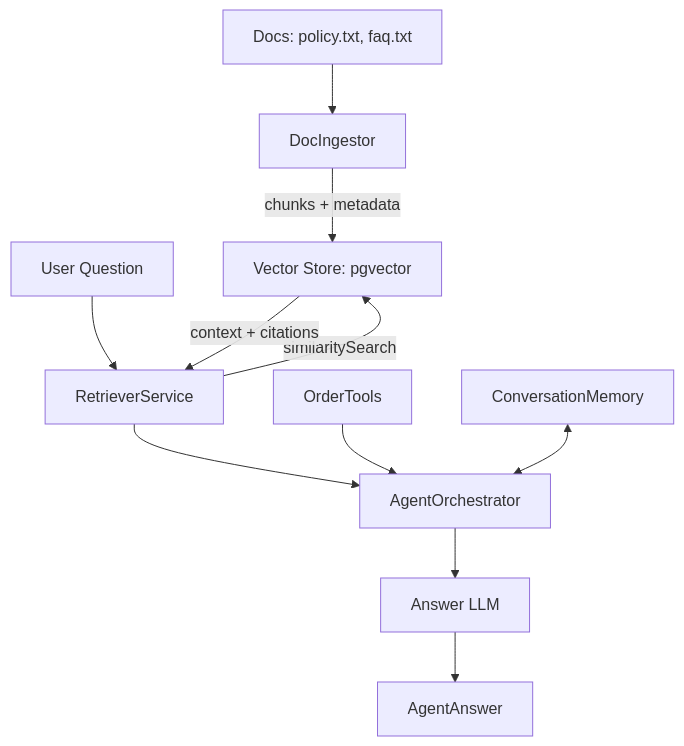
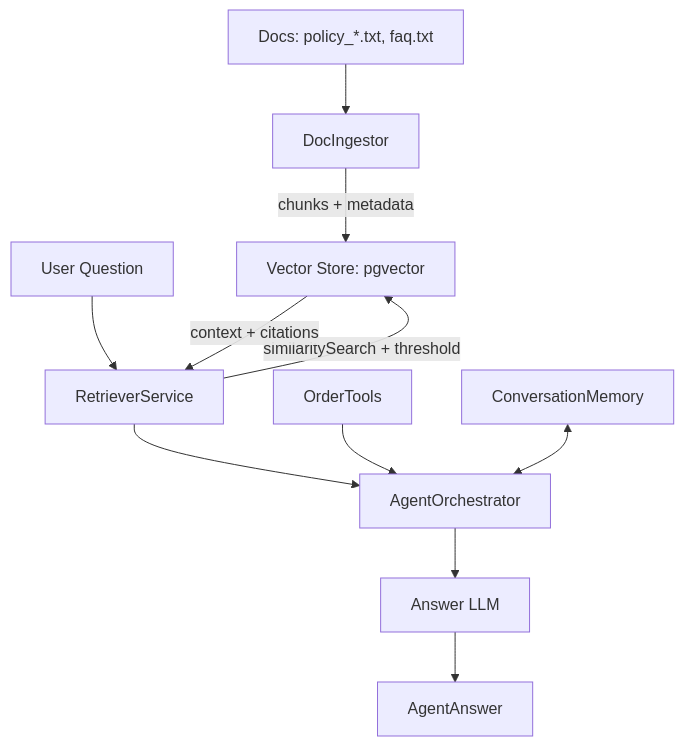
The fourth of 4 diagrams in src/main/resources/architecture.md (sebsibegetachew21-hue/spring-ai-app), drawn with Mermaid before and after one commit. The commit also changed other lines of this file and 6 other files, not shown here.

````diff
--- a/src/main/resources/architecture.md
+++ b/src/main/resources/architecture.md
@@ -98,13 +109,13 @@
 ```mermaid
 flowchart TD
-    A[Docs: policy.txt, faq.txt] --> B[DocIngestor]
+    A[Docs: policy_*.txt, faq.txt] --> B[DocIngestor]
     B -->|chunks + metadata| C[Vector Store: pgvector]
     D[User Question] --> E[RetrieverService]
-    E -->|similaritySearch| C
+    E -->|similaritySearch + threshold| C
     C -->|context + citations| E
     E --> F[AgentOrchestrator]
     G[OrderTools] --> F
     H[ConversationMemory] <--> F
     F --> I[Answer LLM]
     I --> J[AgentAnswer]
 ```
````
